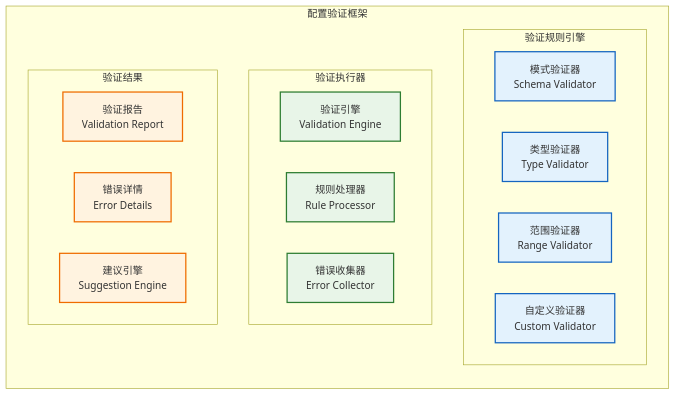
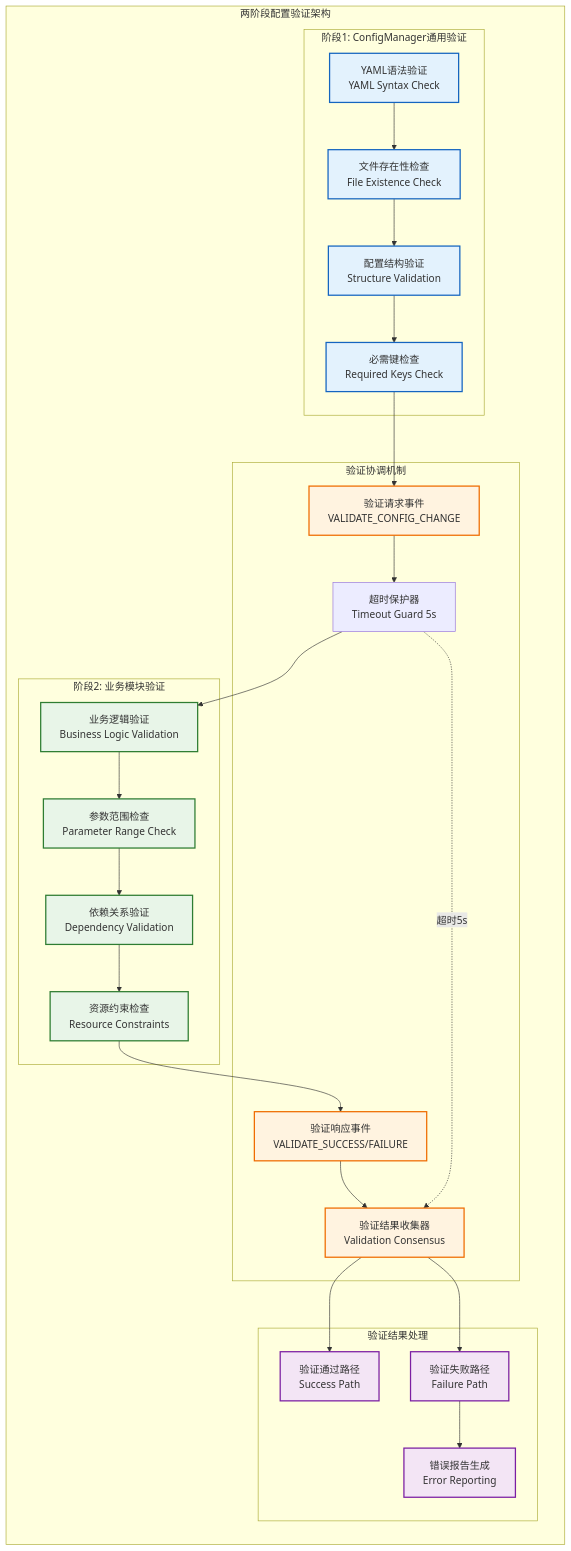
One commit to wendizhou99-cell/Radar changed the sixth of 14 diagrams in docs/01_项目设计/02_模块设计/06_配置管理模块设计.md. Above: the diagram before and after it, drawn with Mermaid. The commit also changed other lines of this file and 22 other files, not shown here.

````diff
--- a/docs/01_项目设计/02_模块设计/06_配置管理模块设计.md
+++ b/docs/01_项目设计/02_模块设计/06_配置管理模块设计.md
@@ -384,33 +450,63 @@
 ```mermaid
-graph LR
-    subgraph "配置验证框架"
+flowchart TB
+    subgraph "两阶段配置验证架构"
         direction TB
 
-        subgraph "验证规则引擎"
-            SCHEMA_VALIDATOR[模式验证器<br/>Schema Validator]
-            TYPE_VALIDATOR[类型验证器<br/>Type Validator]
-            RANGE_VALIDATOR[范围验证器<br/>Range Validator]
-            CUSTOM_VALIDATOR[自定义验证器<br/>Custom Validator]
+        subgraph "阶段1: ConfigManager通用验证"
+            YAML_SYNTAX[YAML语法验证<br/>YAML Syntax Check]
+            FILE_EXISTENCE[文件存在性检查<br/>File Existence Check]
+            STRUCTURE_CHECK[配置结构验证<br/>Structure Validation]
+            KEY_PRESENCE[必需键检查<br/>Required Keys Check]
         end
 
-        subgraph "验证执行器"
-            VALIDATION_ENGINE[验证引擎<br/>Validation Engine]
-            RULE_PROCESSOR[规则处理器<br/>Rule Processor]
-            ERROR_COLLECTOR[错误收集器<br/>Error Collector]
+        subgraph "阶段2: 业务模块验证"
+            BUSINESS_LOGIC[业务逻辑验证<br/>Business Logic Validation]
+            PARAMETER_RANGE[参数范围检查<br/>Parameter Range Check]
+            DEPENDENCY_CHECK[依赖关系验证<br/>Dependency Validation]
+            RESOURCE_CONSTRAINT[资源约束检查<br/>Resource Constraints]
         end
 
-        subgraph "验证结果"
-            VALIDATION_REPORT[验证报告<br/>Validation Report]
-            ERROR_DETAILS[错误详情<br/>Error Details]
-            SUGGESTION_ENGINE[建议引擎<br/>Suggestion Engine]
+        subgraph "验证协调机制"
+            VALIDATION_REQUEST[验证请求事件<br/>VALIDATE_CONFIG_CHANGE]
+            TIMEOUT_GUARD[超时保护器<br/>Timeout Guard 5s]
+            VALIDATION_RESPONSE[验证响应事件<br/>VALIDATE_SUCCESS/FAILURE]
+            CONSENSUS_COLLECTOR[验证结果收集器<br/>Validation Consensus]
         end
+
+        subgraph "验证结果处理"
+            SUCCESS_PATH[验证通过路径<br/>Success Path]
+            FAILURE_PATH[验证失败路径<br/>Failure Path]
+            ERROR_REPORTING[错误报告生成<br/>Error Reporting]
+        end
+
+        %% 验证流程
+        YAML_SYNTAX --> FILE_EXISTENCE
+        FILE_EXISTENCE --> STRUCTURE_CHECK
+        STRUCTURE_CHECK --> KEY_PRESENCE
+
+        KEY_PRESENCE --> VALIDATION_REQUEST
+        VALIDATION_REQUEST --> TIMEOUT_GUARD
+        TIMEOUT_GUARD --> BUSINESS_LOGIC
+        BUSINESS_LOGIC --> PARAMETER_RANGE
+        PARAMETER_RANGE --> DEPENDENCY_CHECK
+        DEPENDENCY_CHECK --> RESOURCE_CONSTRAINT
+
+        RESOURCE_CONSTRAINT --> VALIDATION_RESPONSE
+        VALIDATION_RESPONSE --> CONSENSUS_COLLECTOR
+        TIMEOUT_GUARD -.->|超时5s| CONSENSUS_COLLECTOR
+
+        CONSENSUS_COLLECTOR --> SUCCESS_PATH
+        CONSENSUS_COLLECTOR --> FAILURE_PATH
+        FAILURE_PATH --> ERROR_REPORTING
     end
 
-    classDef validator fill:#e3f2fd,stroke:#1565c0,stroke-width:2px
-    classDef executor fill:#e8f5e8,stroke:#2e7d32,stroke-width:2px
-    classDef result fill:#fff3e0,stroke:#ef6c00,stroke-width:2px
+    classDef general fill:#e3f2fd,stroke:#1565c0,stroke-width:2px
+    classDef business fill:#e8f5e8,stroke:#2e7d32,stroke-width:2px
+    classDef coordination fill:#fff3e0,stroke:#ef6c00,stroke-width:2px
+    classDef result fill:#f3e5f5,stroke:#7b1fa2,stroke-width:2px
 
-    class SCHEMA_VALIDATOR,TYPE_VALIDATOR,RANGE_VALIDATOR,CUSTOM_VALIDATOR validator
-    class VALIDATION_ENGINE,RULE_PROCESSOR,ERROR_COLLECTOR executor
-    class VALIDATION_REPORT,ERROR_DETAILS,SUGGESTION_ENGINE result
+    class YAML_SYNTAX,FILE_EXISTENCE,STRUCTURE_CHECK,KEY_PRESENCE general
+    class BUSINESS_LOGIC,PARAMETER_RANGE,DEPENDENCY_CHECK,RESOURCE_CONSTRAINT business
+    class VALIDATION_REQUEST,VALIDATION_RESPONSE,CONSENSUS_COLLECTOR coordination
+    class SUCCESS_PATH,FAILURE_PATH,ERROR_REPORTING result
 ```
````
